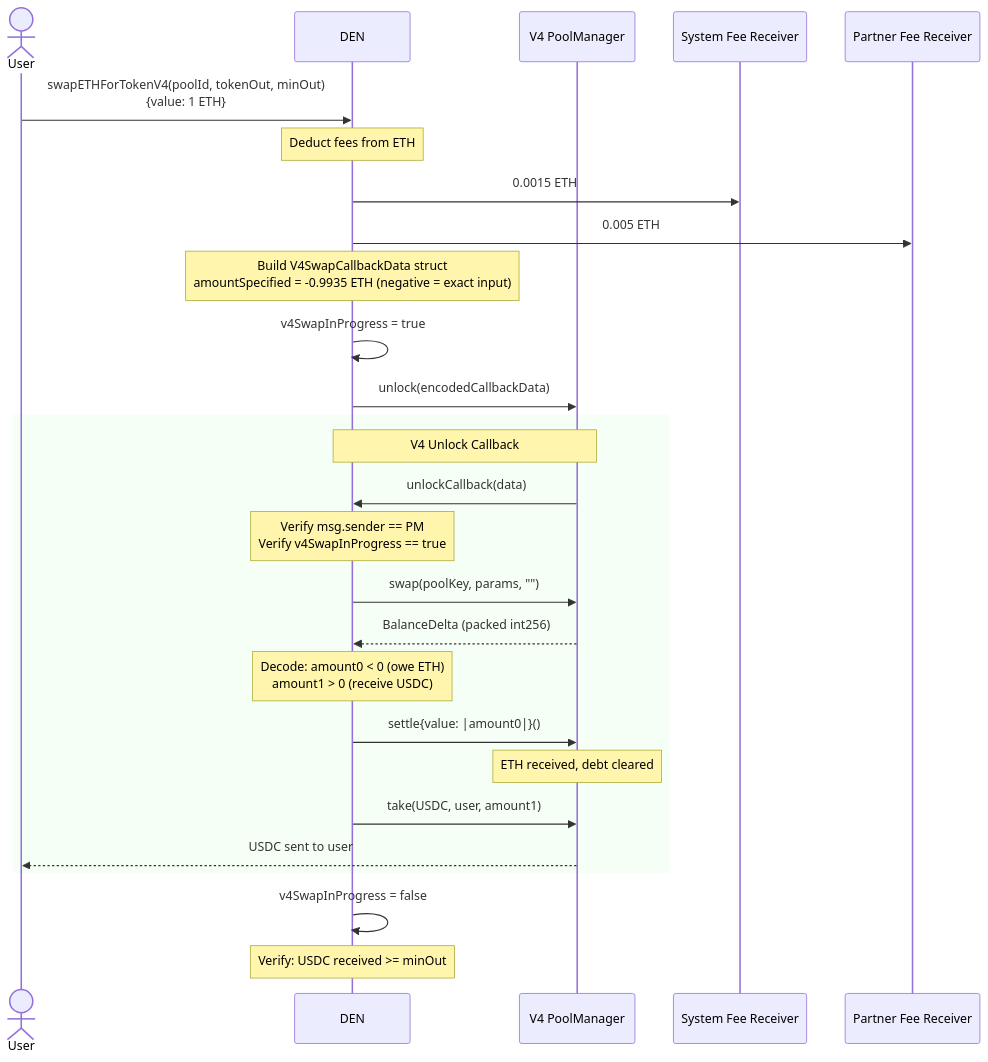
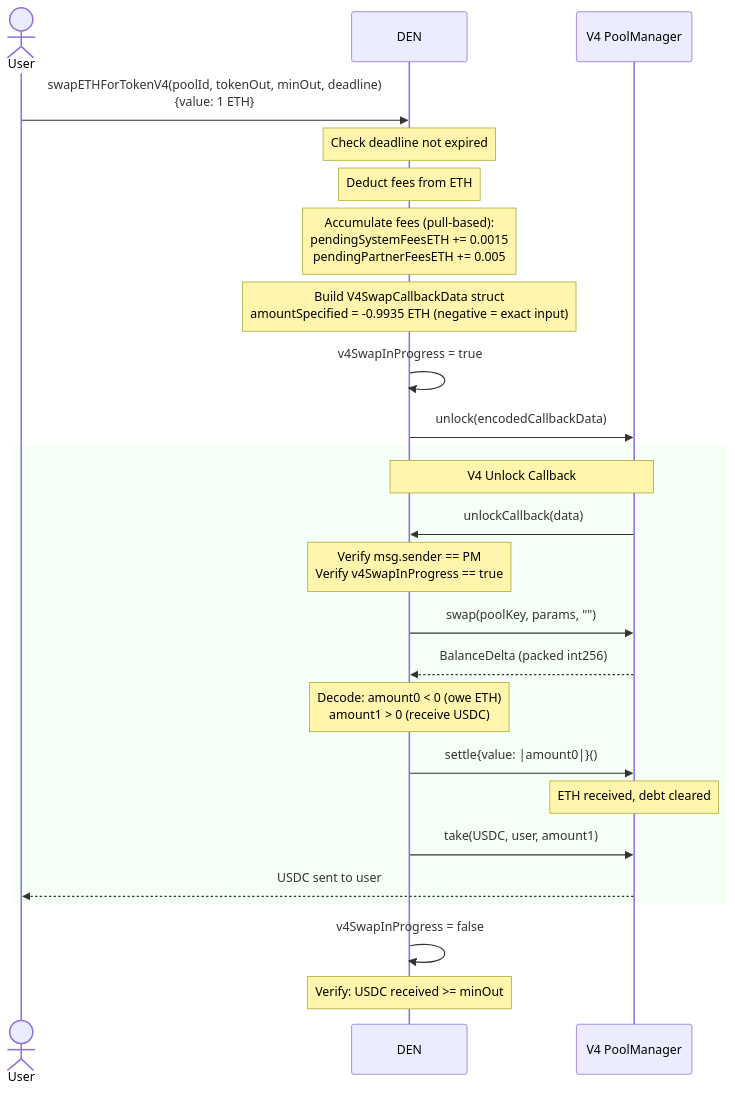
One commit to davidwyly/DEN changed the fifth of 13 diagrams in docs/SWAP_FLOW_DIAGRAMS.md. Above: the diagram before and after it, drawn with Mermaid. The commit also changed other lines of this file and 6 other files, not shown here.

````diff
--- a/docs/SWAP_FLOW_DIAGRAMS.md
+++ b/docs/SWAP_FLOW_DIAGRAMS.md
@@ -145,37 +145,35 @@
 ```mermaid
 sequenceDiagram
     actor User
     participant DEN
     participant PM as V4 PoolManager
-    participant SYS as System Fee Receiver
-    participant PART as Partner Fee Receiver
 
-    User->>DEN: swapETHForTokenV4(poolId, tokenOut, minOut)<br/>{value: 1 ETH}
+    User->>DEN: swapETHForTokenV4(poolId, tokenOut, minOut, deadline)<br/>{value: 1 ETH}
 
+    Note over DEN: Check deadline not expired
     Note over DEN: Deduct fees from ETH
 
-    DEN->>SYS: 0.0015 ETH
-    DEN->>PART: 0.005 ETH
+    Note over DEN: Accumulate fees (pull-based):<br/>pendingSystemFeesETH += 0.0015<br/>pendingPartnerFeesETH += 0.005
 
     Note over DEN: Build V4SwapCallbackData struct<br/>amountSpecified = -0.9935 ETH (negative = exact input)
 
     DEN->>DEN: v4SwapInProgress = true
     DEN->>PM: unlock(encodedCallbackData)
 
     rect rgb(245, 255, 245)
         Note over PM,DEN: V4 Unlock Callback
         PM->>DEN: unlockCallback(data)
         Note over DEN: Verify msg.sender == PM<br/>Verify v4SwapInProgress == true
         DEN->>PM: swap(poolKey, params, "")
         PM-->>DEN: BalanceDelta (packed int256)
         Note over DEN: Decode: amount0 < 0 (owe ETH)<br/>amount1 > 0 (receive USDC)
 
         DEN->>PM: settle{value: |amount0|}()
         Note over PM: ETH received, debt cleared
         DEN->>PM: take(USDC, user, amount1)
         PM-->>User: USDC sent to user
     end
 
     DEN->>DEN: v4SwapInProgress = false
     Note over DEN: Verify: USDC received >= minOut
 ```
````
